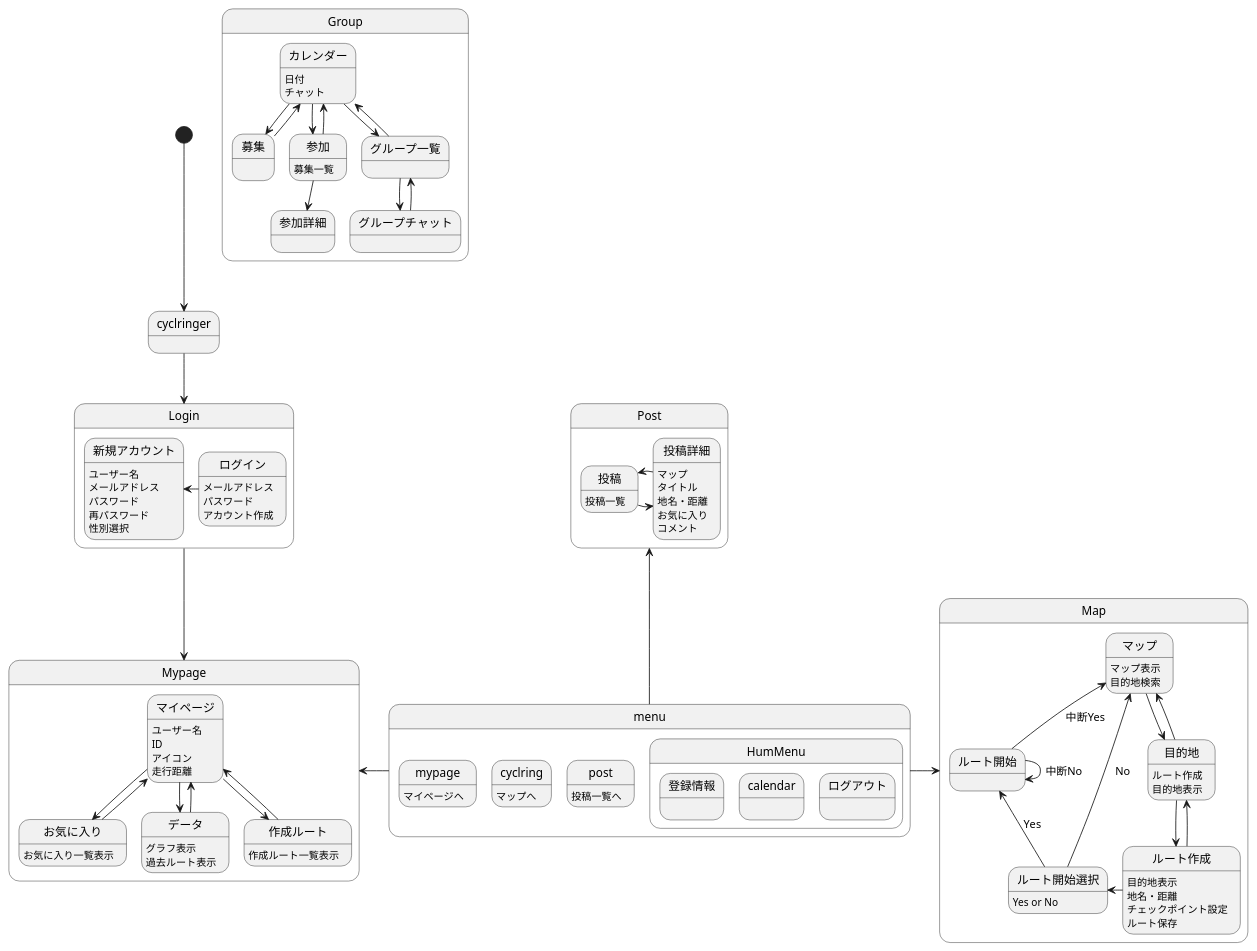
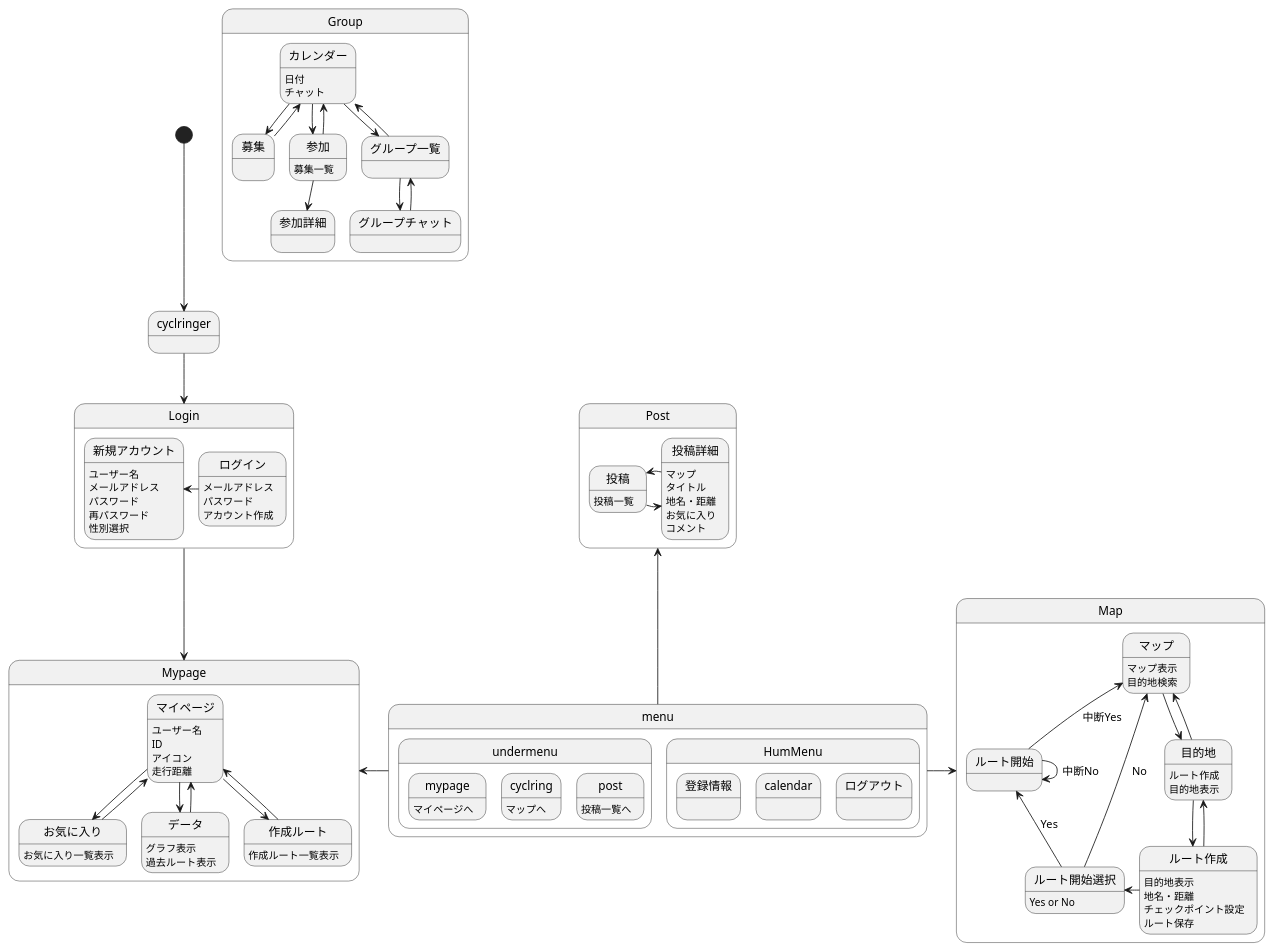
The diagram in 画面遷移図/gm.md (AsoSD3A3/CyclingSystem), drawn with PlantUML before and after one commit.

```diff
--- a/画面遷移図/gm.md
+++ b/画面遷移図/gm.md
@@ -4,9 +4,11 @@
 [*]-down->cyclringer
 
 state menu{
+state undermenu{
 mypage:マイページへ
 cyclring:マップへ
 post:投稿一覧へ
+}
 
 state HumMenu{
 登録情報:
@@ -14,7 +16,6 @@
 ログアウト:
 }
 }
-
 state Group{
 カレンダー:日付
 カレンダー:チャット
```
